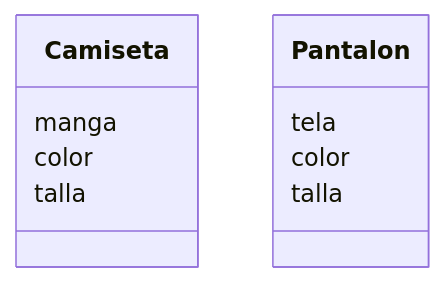
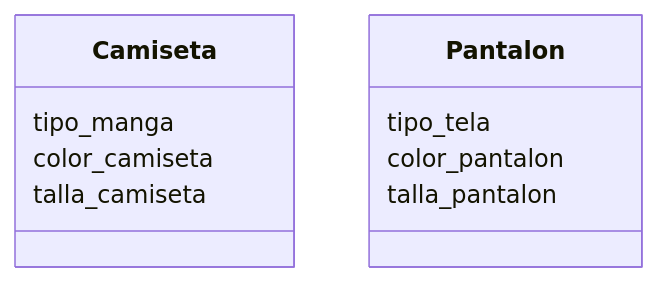
Before and after one commit to bk320/psg-oop-2025: the diagram in retos_sesion_01/ejercicio_02.md, drawn with Mermaid. The commit also changed other lines of this file and 2 other files, not shown here.

````diff
--- a/retos_sesion_01/ejercicio_02.md
+++ b/retos_sesion_01/ejercicio_02.md
@@ -64,13 +64,13 @@
 ```mermaid
 classDiagram
     class Camiseta{
-        manga
-        color
-        talla
+        tipo_manga
+        color_camiseta
+        talla_camiseta
     }
     class Pantalon{
-        tela
-        color
-        talla
+        tipo_tela
+        color_pantalon
+        talla_pantalon
     }
 ```
````
